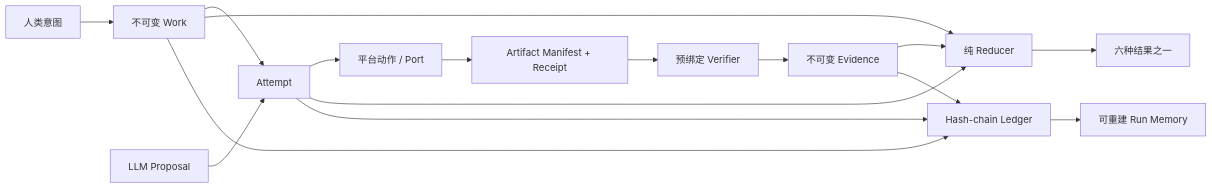
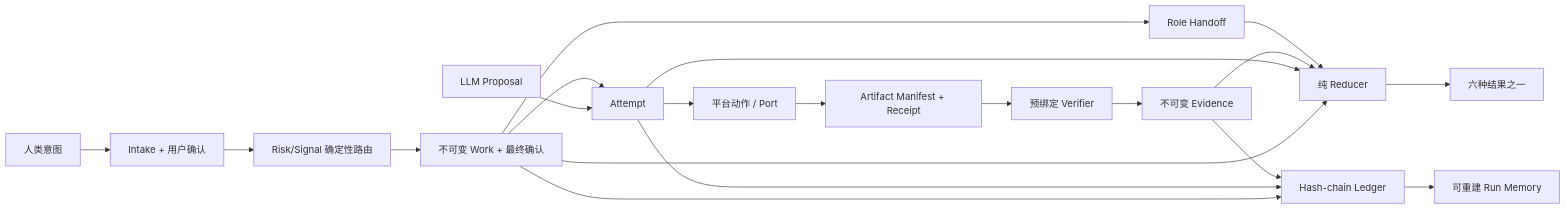
One commit to tribbianijoey401/yuanforge changed the diagram in docs/ARCHITECTURE.md. Above: the diagram before and after it, drawn with Mermaid. The commit also changed other lines of this file and 54 other files, not shown here.

````diff
--- a/docs/ARCHITECTURE.md
+++ b/docs/ARCHITECTURE.md
@@ -7,18 +7,22 @@
 ```mermaid
 flowchart LR
-    U["人类意图"] --> W["不可变 Work"]
+    U["人类意图"] --> I["Intake + 用户确认"]
+    I --> C["Risk/Signal 确定性路由"]
+    C --> W["不可变 Work + 最终确认"]
     L["LLM Proposal"] --> A["Attempt"]
     W --> A
     A --> P["平台动作 / Port"]
     P --> M["Artifact Manifest + Receipt"]
     M --> V["预绑定 Verifier"]
     V --> E["不可变 Evidence"]
     W --> R["纯 Reducer"]
     A --> R
     E --> R
+    H["Role Handoff"] --> R
+    W --> H
     R --> O["六种结果之一"]
     W --> G["Hash-chain Ledger"]
     A --> G
     E --> G
     G --> RM["可重建 Run Memory"]
 ```
````
